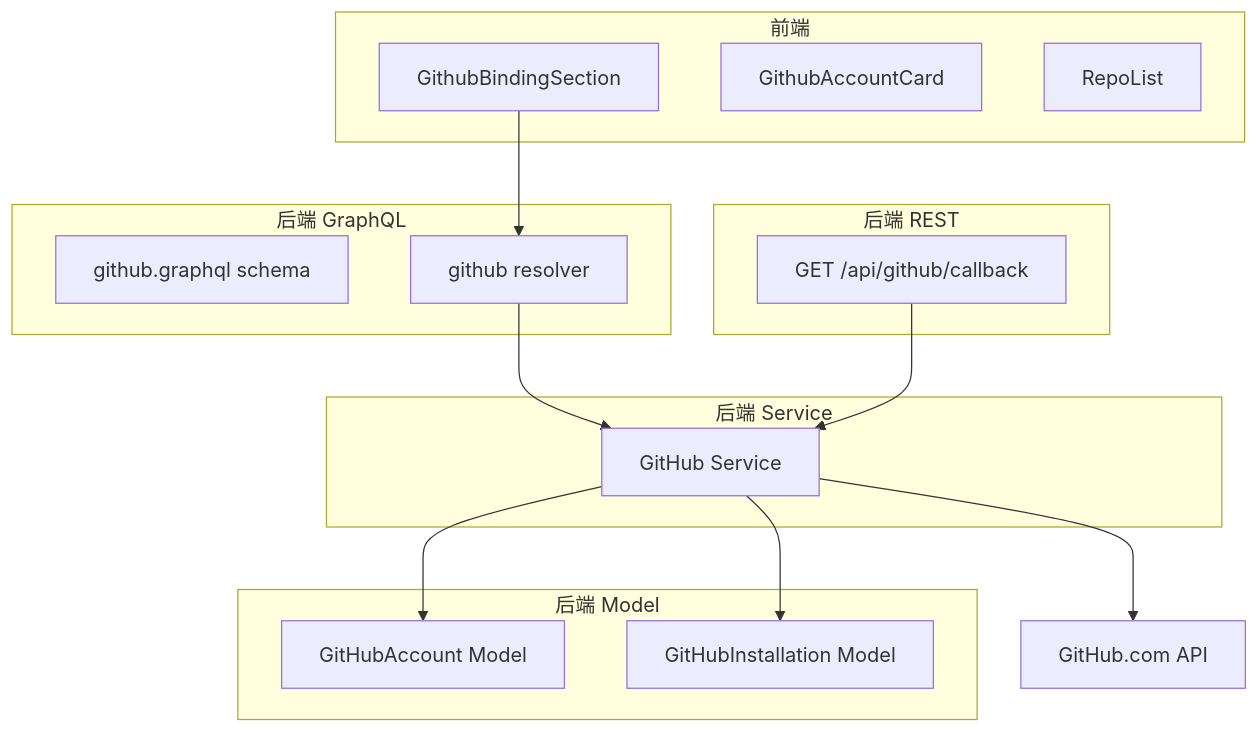
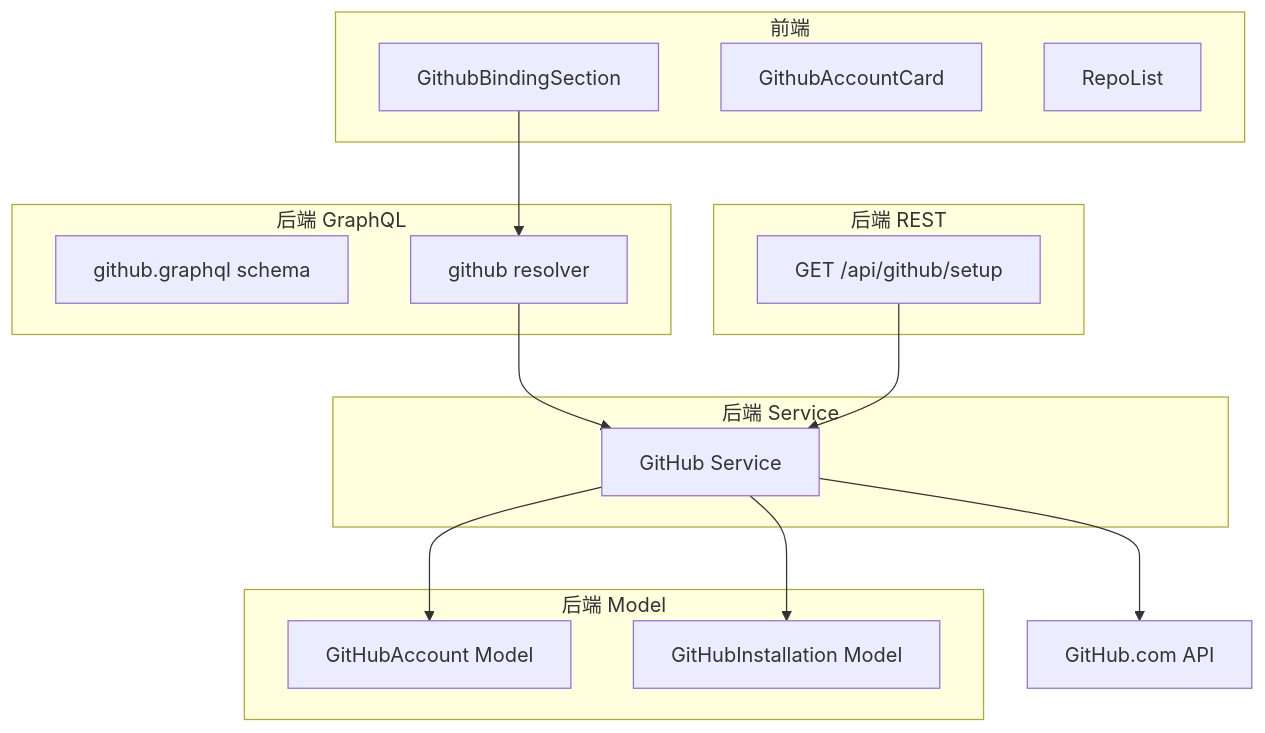
Before and after one commit to Deliay/z-agent-gear: the second of 4 diagrams in docs/engineering/proposals/20260709-feat-github-account-binding.md, drawn with Mermaid. The commit also changed other lines of this file and 1 other file, not shown here.

First line of the commit message:
docs: sync proposal and plan with correct API endpoint and naming

````diff
--- a/docs/engineering/proposals/20260709-feat-github-account-binding.md
+++ b/docs/engineering/proposals/20260709-feat-github-account-binding.md
@@ -74,29 +74,29 @@
 ```mermaid
 graph TD
     subgraph 前端
         GithubSection[GithubBindingSection]
         GithubCard[GithubAccountCard]
         RepoList[RepoList]
     end
     subgraph 后端 GraphQL
         GithubSchema[github.graphql schema]
         GithubResolver[github resolver]
     end
     subgraph 后端 REST
-        CallbackEndpoint[GET /api/github/callback]
+        SetupEndpoint[GET /api/github/setup]
     end
     subgraph 后端 Service
         GithubService[GitHub Service]
     end
     subgraph 后端 Model
         AccountModel[GitHubAccount Model]
         InstallationModel[GitHubInstallation Model]
     end
 
     GithubSection --> GithubResolver
     GithubResolver --> GithubService
     GithubService --> AccountModel
     GithubService --> InstallationModel
     GithubService --> GH[GitHub.com API]
-    CallbackEndpoint --> GithubService
+    SetupEndpoint --> GithubService
 ```
````
